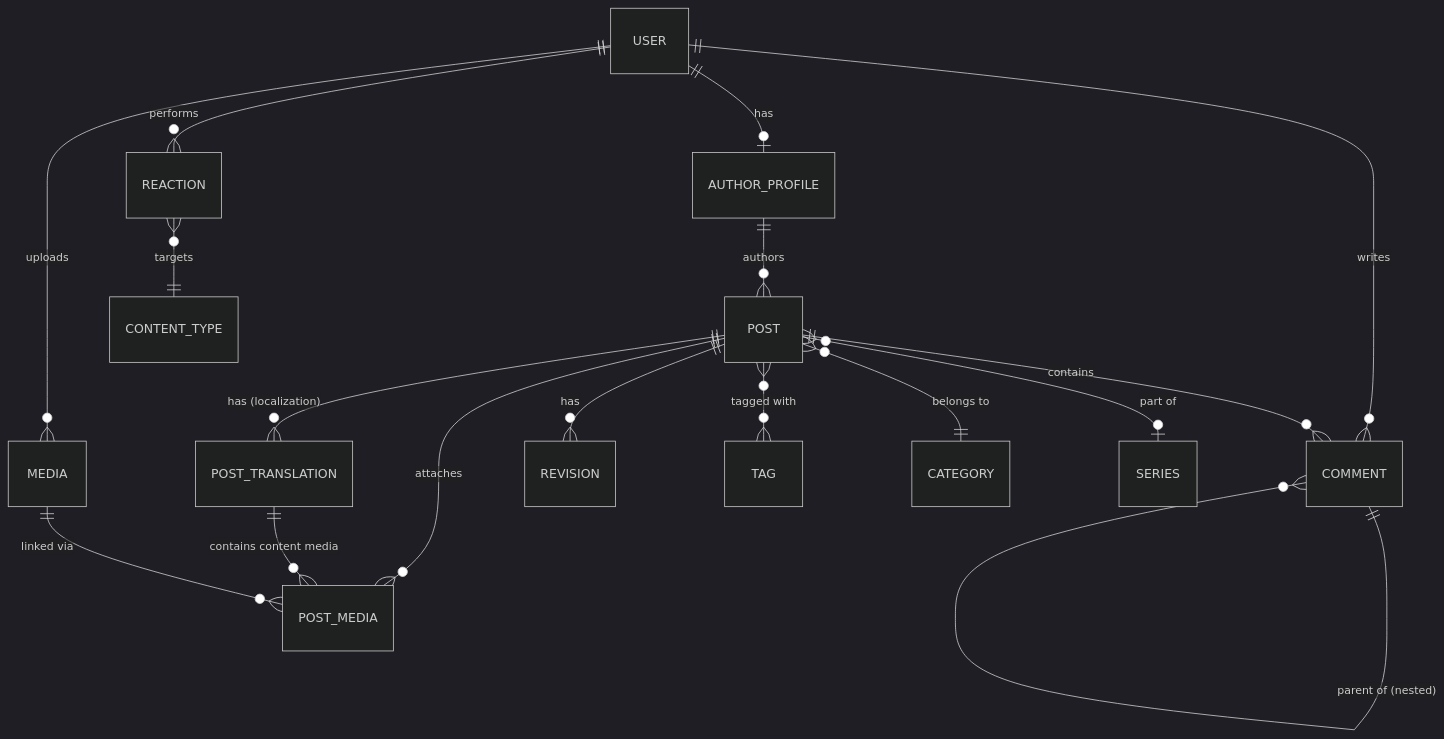
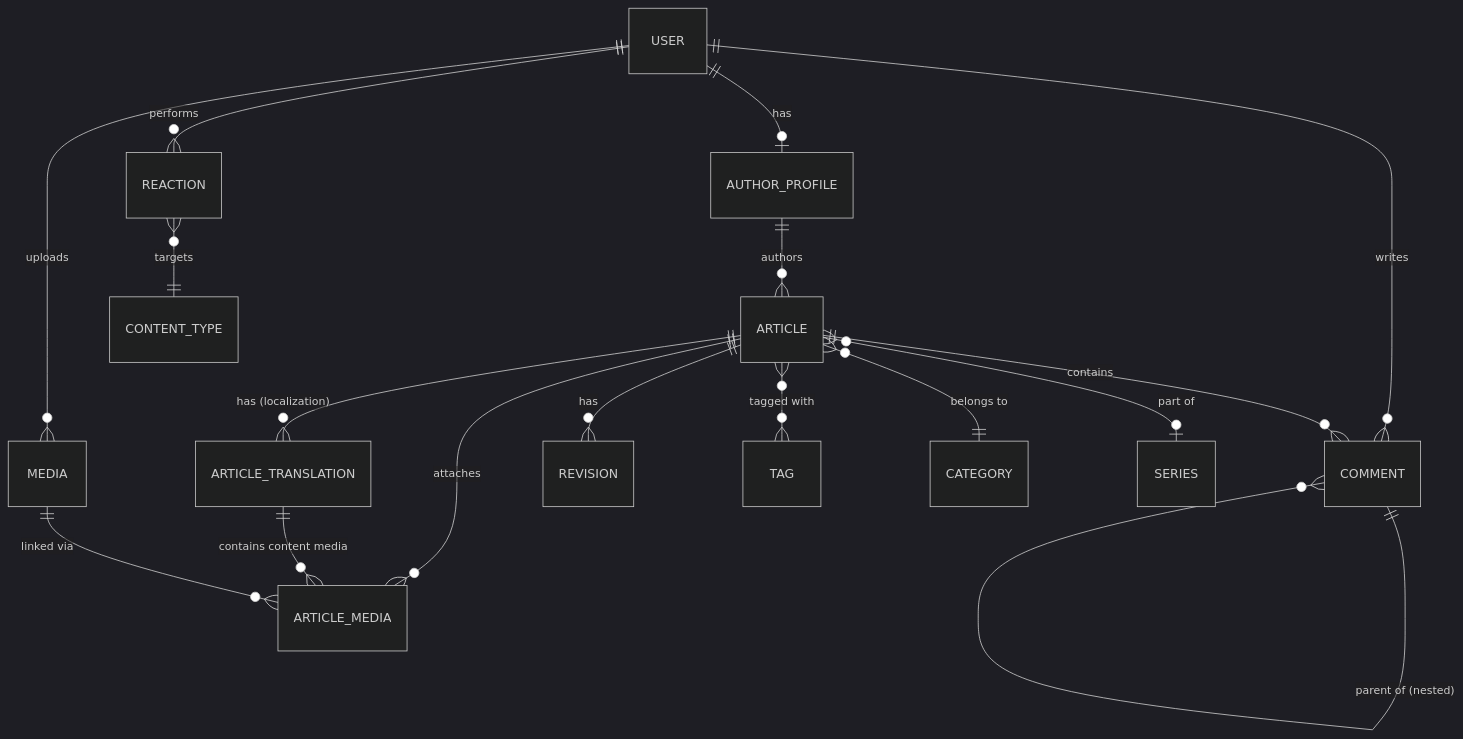
The first of 4 diagrams in COMPREHENSIVE_ARCHITECTURE.md (amirhossein-moloki/Blog), drawn with Mermaid (dark theme) before and after one commit. The commit also changed other lines of this file and 25 other files, not shown here.

Commit message:
sync: update API collections, openapi schemas, and docs with Article model and remove AVIF reference

````diff
--- a/COMPREHENSIVE_ARCHITECTURE.md
+++ b/COMPREHENSIVE_ARCHITECTURE.md
@@ -327,23 +327,23 @@
 ```mermaid
 erDiagram
     USER ||--o| AUTHOR_PROFILE : "has"
     USER ||--o{ MEDIA : "uploads"
     USER ||--o{ COMMENT : "writes"
     USER ||--o{ REACTION : "performs"
 
-    AUTHOR_PROFILE ||--o{ POST : "authors"
+    AUTHOR_PROFILE ||--o{ ARTICLE : "authors"
 
-    POST ||--o{ POST_TRANSLATION : "has (localization)"
-    POST ||--o{ COMMENT : "contains"
-    POST ||--o{ REVISION : "has"
-    POST }o--o{ TAG : "tagged with"
-    POST }o--|| CATEGORY : "belongs to"
-    POST }o--o| SERIES : "part of"
+    ARTICLE ||--o{ ARTICLE_TRANSLATION : "has (localization)"
+    ARTICLE ||--o{ COMMENT : "contains"
+    ARTICLE ||--o{ REVISION : "has"
+    ARTICLE }o--o{ TAG : "tagged with"
+    ARTICLE }o--|| CATEGORY : "belongs to"
+    ARTICLE }o--o| SERIES : "part of"
 
-    POST ||--o{ POST_MEDIA : "attaches"
-    POST_TRANSLATION ||--o{ POST_MEDIA : "contains content media"
-    MEDIA ||--o{ POST_MEDIA : "linked via"
+    ARTICLE ||--o{ ARTICLE_MEDIA : "attaches"
+    ARTICLE_TRANSLATION ||--o{ ARTICLE_MEDIA : "contains content media"
+    MEDIA ||--o{ ARTICLE_MEDIA : "linked via"
 
     COMMENT ||--o{ COMMENT : "parent of (nested)"
     REACTION }o--|| CONTENT_TYPE : "targets"
 ```
````
